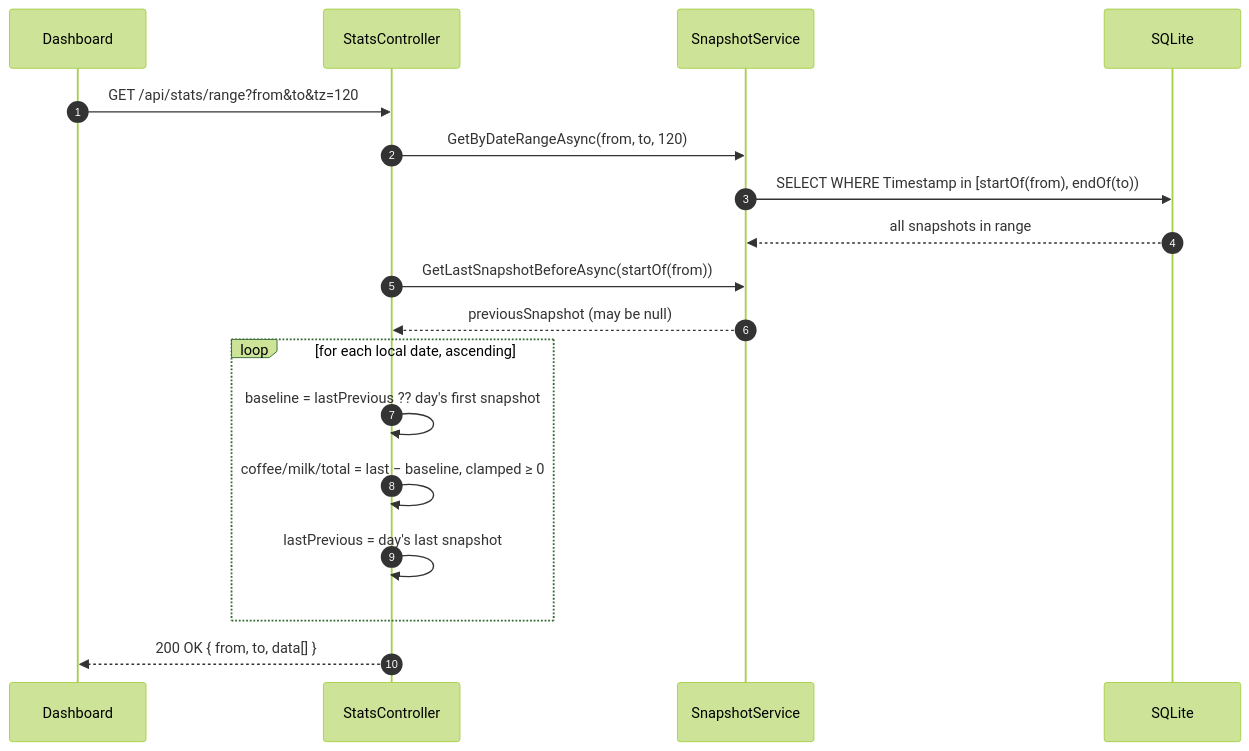
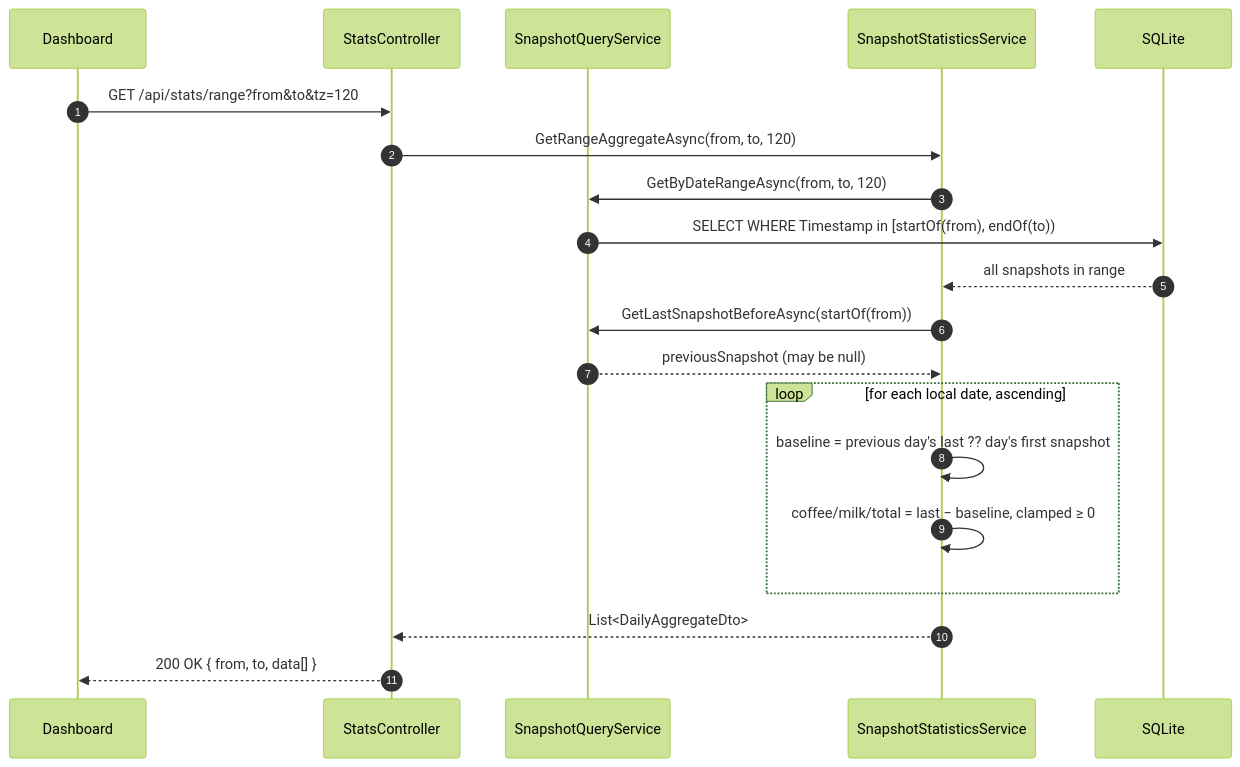
Before and after one commit to Gereon93/coffee: the fourth of 7 diagrams in doc/arc42/06-runtime.md, drawn with Mermaid (forest theme). The commit also changed other lines of this file and 34 other files, not shown here.

First line of the commit message:
refactor(api): SnapshotService in vier Verantwortlichkeiten schneiden

````diff
--- a/doc/arc42/06-runtime.md
+++ b/doc/arc42/06-runtime.md
@@ -103,23 +105,26 @@
 ```mermaid
 sequenceDiagram
     autonumber
     participant D as Dashboard
     participant C as StatsController
-    participant S as SnapshotService
+    participant Q as SnapshotQueryService
+    participant S as SnapshotStatisticsService
     participant DB as SQLite
 
     D->>C: GET /api/stats/range?from&to&tz=120
-    C->>S: GetByDateRangeAsync(from, to, 120)
-    S->>DB: SELECT WHERE Timestamp in [startOf(from), endOf(to))
+    C->>S: GetRangeAggregateAsync(from, to, 120)
+    S->>Q: GetByDateRangeAsync(from, to, 120)
+    Q->>DB: SELECT WHERE Timestamp in [startOf(from), endOf(to))
     DB-->>S: all snapshots in range
-    C->>S: GetLastSnapshotBeforeAsync(startOf(from))
-    S-->>C: previousSnapshot (may be null)
+    S->>Q: GetLastSnapshotBeforeAsync(startOf(from))
+    Q-->>S: previousSnapshot (may be null)
 
     loop for each local date, ascending
-        C->>C: baseline = lastPrevious ?? day's first snapshot
-        C->>C: coffee/milk/total = last − baseline, clamped ≥ 0
-        C->>C: lastPrevious = day's last snapshot
+        S->>S: baseline = previous day's last ?? day's first snapshot
+        S->>S: coffee/milk/total = last − baseline, clamped ≥ 0
     end
+
+    S-->>C: List<DailyAggregateDto>
 
     C-->>D: 200 OK { from, to, data[] }
 ```
````
